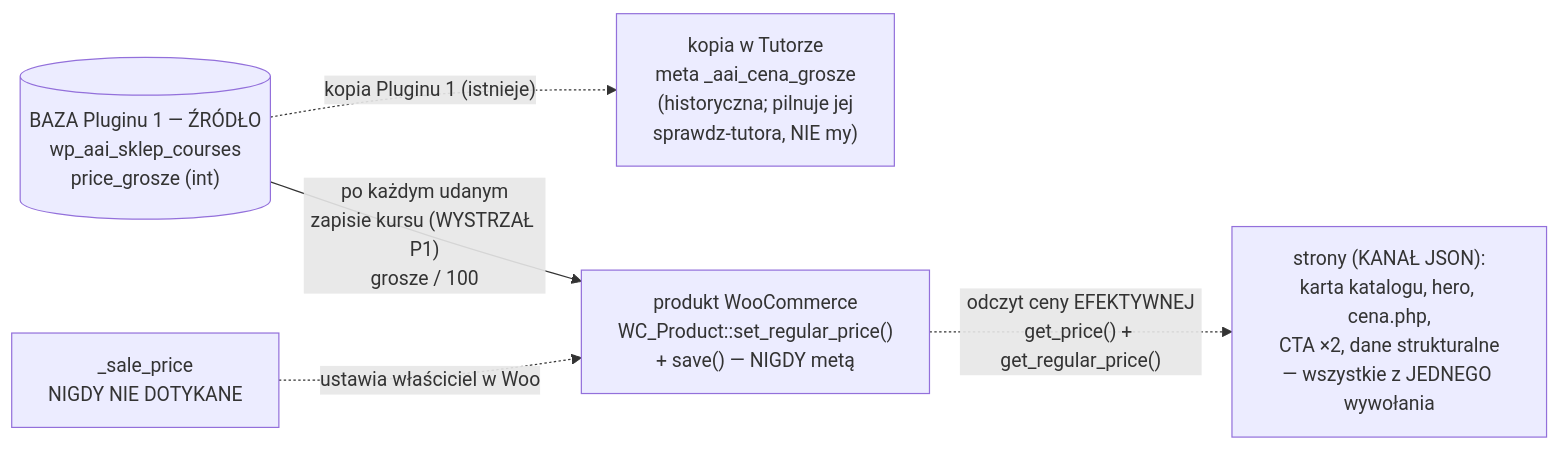
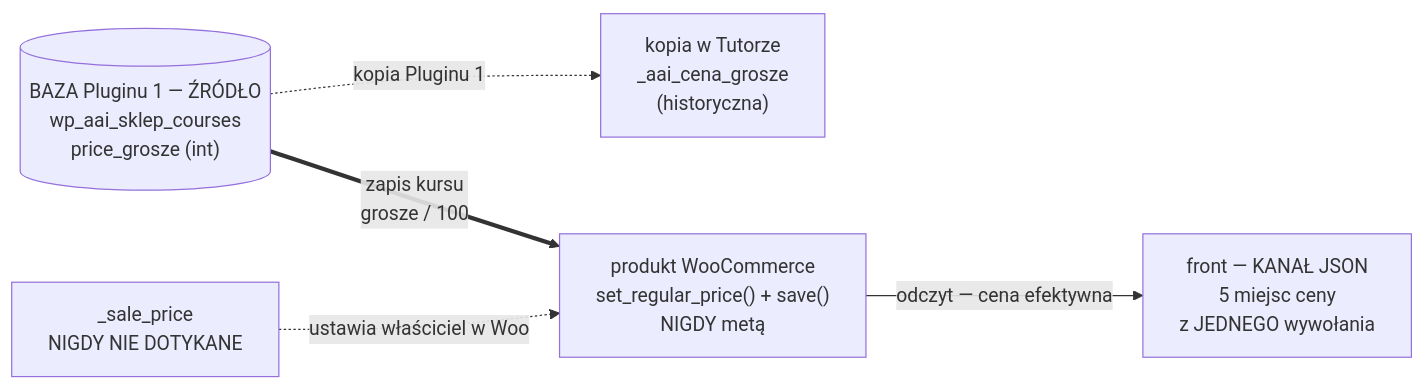
Before and after one commit to krzysiek2115op/aai-platforma-szkolen: the third of 4 diagrams in docs/plugin-2/DIAGRAM.md, drawn with Mermaid. The commit also changed other lines of this file and 2 other files, not shown here.

First line of the commit message:
Diagramy Pluginu 2 mówią językiem wizualnym diagramu Pluginu 1

````diff
--- a/docs/plugin-2/DIAGRAM.md
+++ b/docs/plugin-2/DIAGRAM.md
@@ -288,13 +296,13 @@
 ```mermaid
 flowchart LR
     ZR[("BAZA Pluginu 1 — ŹRÓDŁO<br/>wp_aai_sklep_courses<br/>price_grosze (int)")]
-    TU["kopia w Tutorze<br/>meta _aai_cena_grosze<br/>(historyczna; pilnuje jej<br/>sprawdz-tutora, NIE my)"]
-    WO["produkt WooCommerce<br/>WC_Product::set_regular_price()<br/>+ save() — NIGDY metą"]
+    TU["kopia w Tutorze<br/>_aai_cena_grosze<br/>(historyczna)"]
+    WO["produkt WooCommerce<br/>set_regular_price() + save()<br/>NIGDY metą"]
     SA["_sale_price<br/>NIGDY NIE DOTYKANE"]
-    FR["strony (KANAŁ JSON):<br/>karta katalogu, hero, cena.php,<br/>CTA ×2, dane strukturalne<br/>— wszystkie z JEDNEGO wywołania"]
+    FR["front — KANAŁ JSON<br/>5 miejsc ceny<br/>z JEDNEGO wywołania"]
 
-    ZR -->|"po każdym udanym<br/>zapisie kursu (WYSTRZAŁ P1)<br/>grosze / 100"| WO
-    ZR -.->|"kopia Pluginu 1 (istnieje)"| TU
-    WO -.->|"odczyt ceny EFEKTYWNEJ<br/>get_price() + get_regular_price()"| FR
+    ZR ==>|"zapis kursu<br/>grosze / 100"| WO
+    ZR -.->|"kopia Pluginu 1"| TU
+    WO -->|"odczyt — cena efektywna"| FR
     SA -.->|"ustawia właściciel w Woo"| WO
 ```
````
